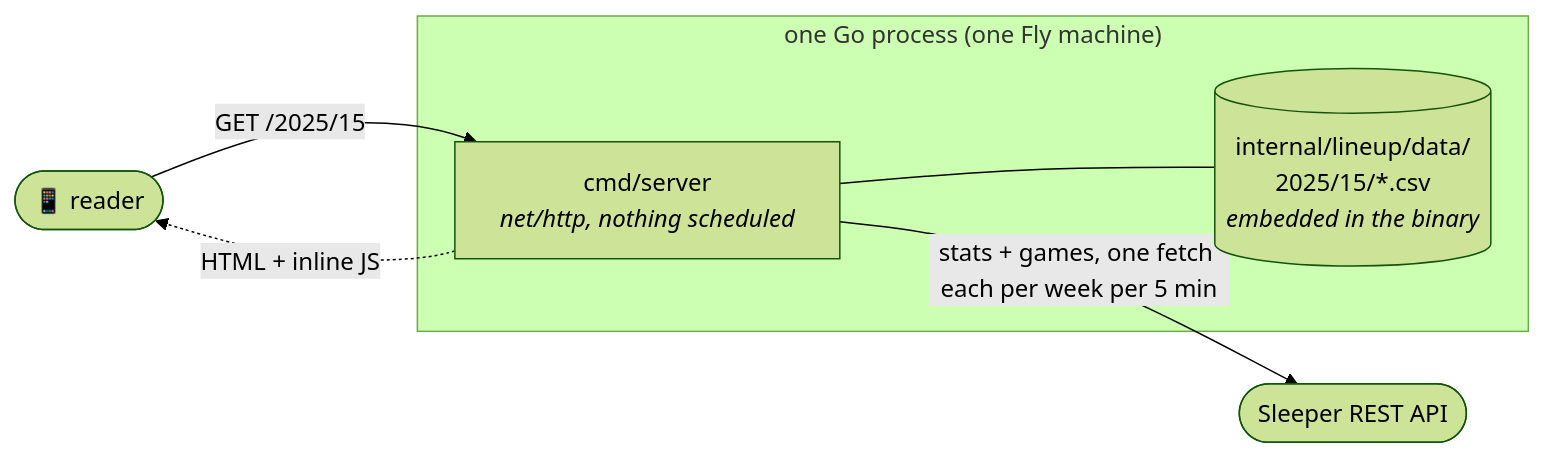
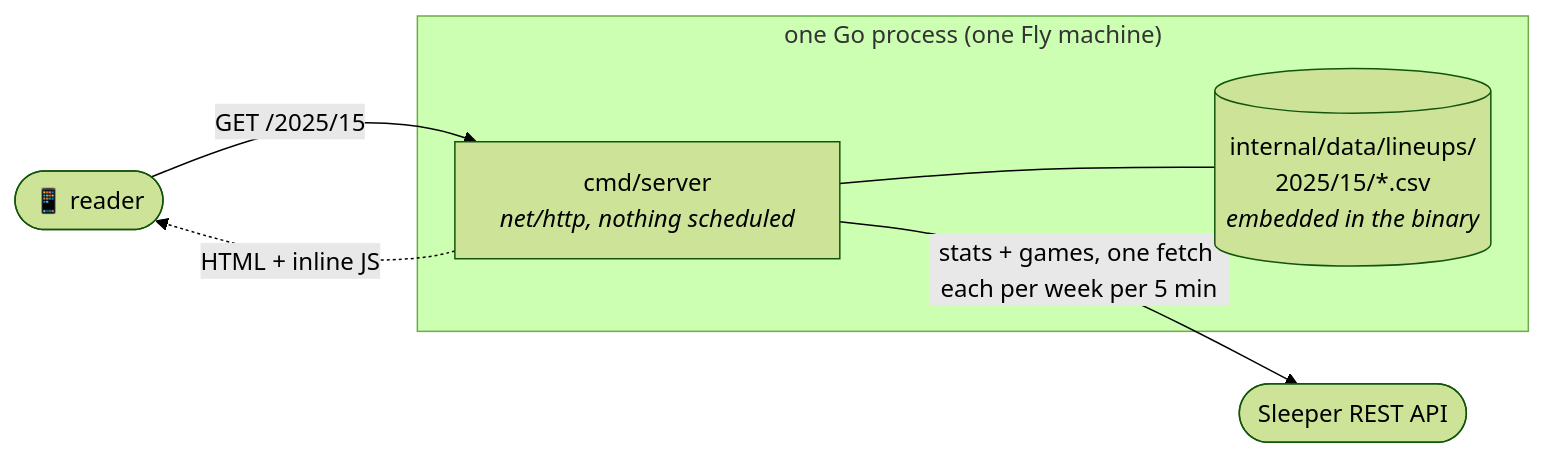
Before and after one commit to eshifrin-606/bojjaes: the first of 9 diagrams in docs/architecture.md, drawn with Mermaid (forest theme). The commit also changed 43 other files, not shown here.

First line of the commit message:
Move embedded league files into internal/data and add team rosters

````diff
--- a/docs/architecture.md
+++ b/docs/architecture.md
@@ -10,11 +10,11 @@
 ```mermaid
 graph LR
     reader(["📱 reader"]) -->|"GET /2025/15"| server
     subgraph box["one Go process (one Fly machine)"]
         server["cmd/server<br/><i>net/http, nothing scheduled</i>"]
-        tree[("internal/lineup/data/<br/>2025/15/*.csv<br/><i>embedded in the binary</i>")]
+        tree[("internal/data/lineups/<br/>2025/15/*.csv<br/><i>embedded in the binary</i>")]
         server --- tree
     end
     server -->|"stats + games, one fetch each per week per 5 min"| sleeper(["Sleeper REST API"])
     server -.->|"HTML + inline JS"| reader
 ```
````
